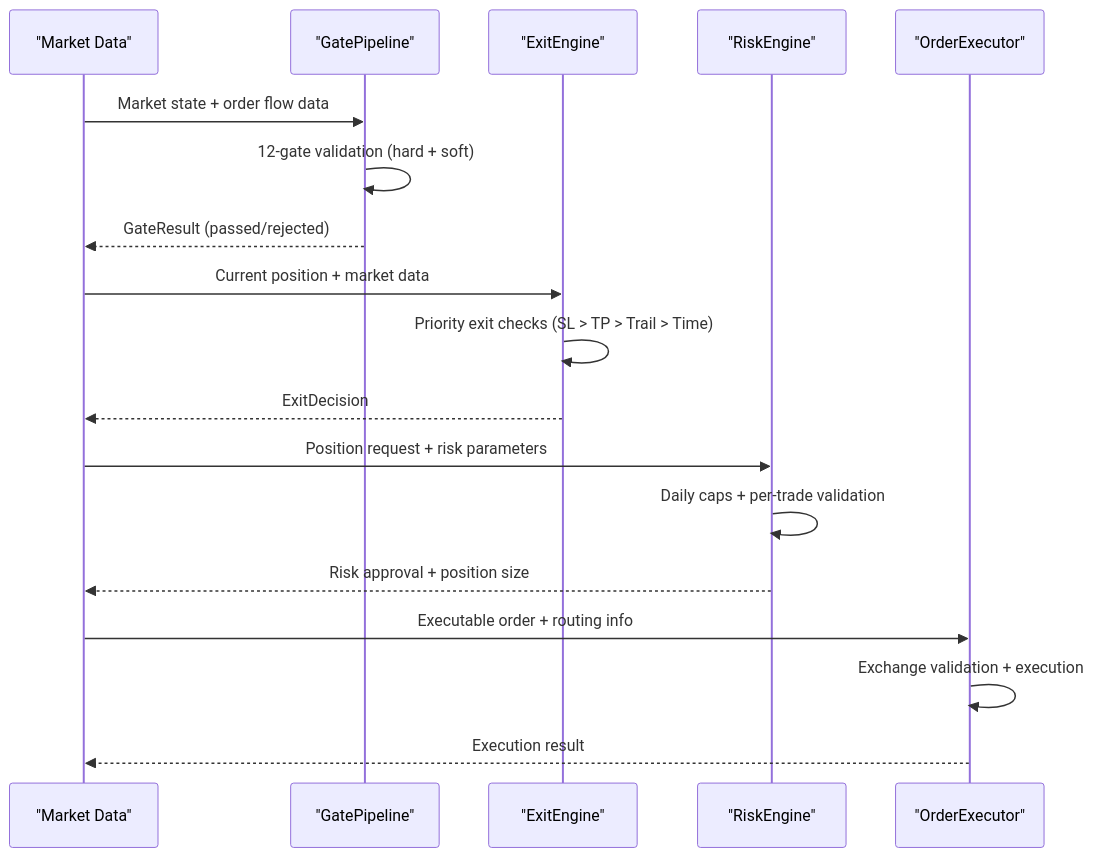
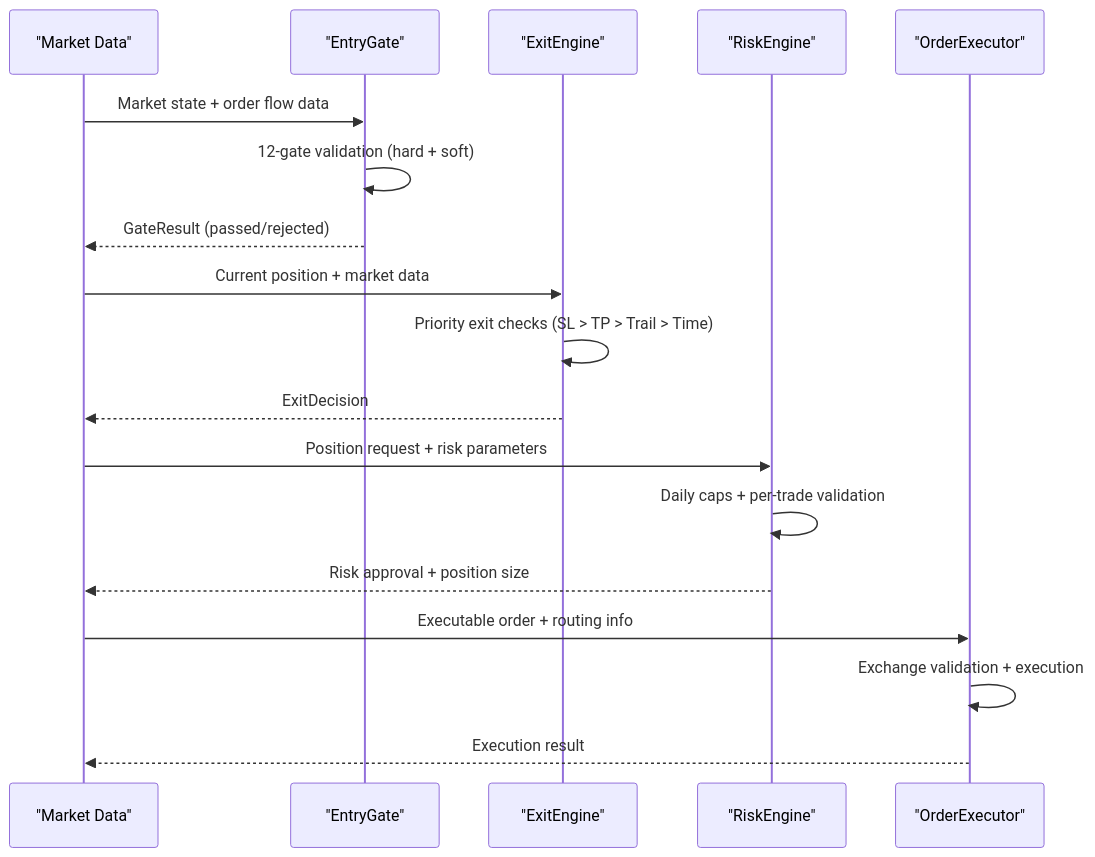
One commit to gemrajkhatry-maker/v5-of-glassytrade-ai changed the second of 12 diagrams in .qoder/repowiki/en/content/Backend Application/Domain Services/Domain Services.md. Above: the diagram before and after it, drawn with Mermaid. The commit also changed other lines of this file and 219 other files, not shown here.

First line of the commit message:
refactor: major architecture improvements across backend, backendv2, brokers, and frontend

````diff
--- a/.qoder/repowiki/en/content/Backend Application/Domain Services/Domain Services.md
+++ b/.qoder/repowiki/en/content/Backend Application/Domain Services/Domain Services.md
@@ -232,20 +181,20 @@
 ```mermaid
 sequenceDiagram
 participant Data as "Market Data"
-participant GP as "GatePipeline"
+participant EG as "EntryGate"
 participant EE as "ExitEngine"
 participant RE as "RiskEngine"
 participant OE as "OrderExecutor"
-Data->>GP : Market state + order flow data
-GP->>GP : 12-gate validation (hard + soft)
-GP-->>Data : GateResult (passed/rejected)
+Data->>EG : Market state + order flow data
+EG->>EG : 12-gate validation (hard + soft)
+EG-->>Data : GateResult (passed/rejected)
 Data->>EE : Current position + market data
 EE->>EE : Priority exit checks (SL > TP > Trail > Time)
 EE-->>Data : ExitDecision
 Data->>RE : Position request + risk parameters
 RE->>RE : Daily caps + per-trade validation
 RE-->>Data : Risk approval + position size
 Data->>OE : Executable order + routing info
 OE->>OE : Exchange validation + execution
 OE-->>Data : Execution result
 ```
````
